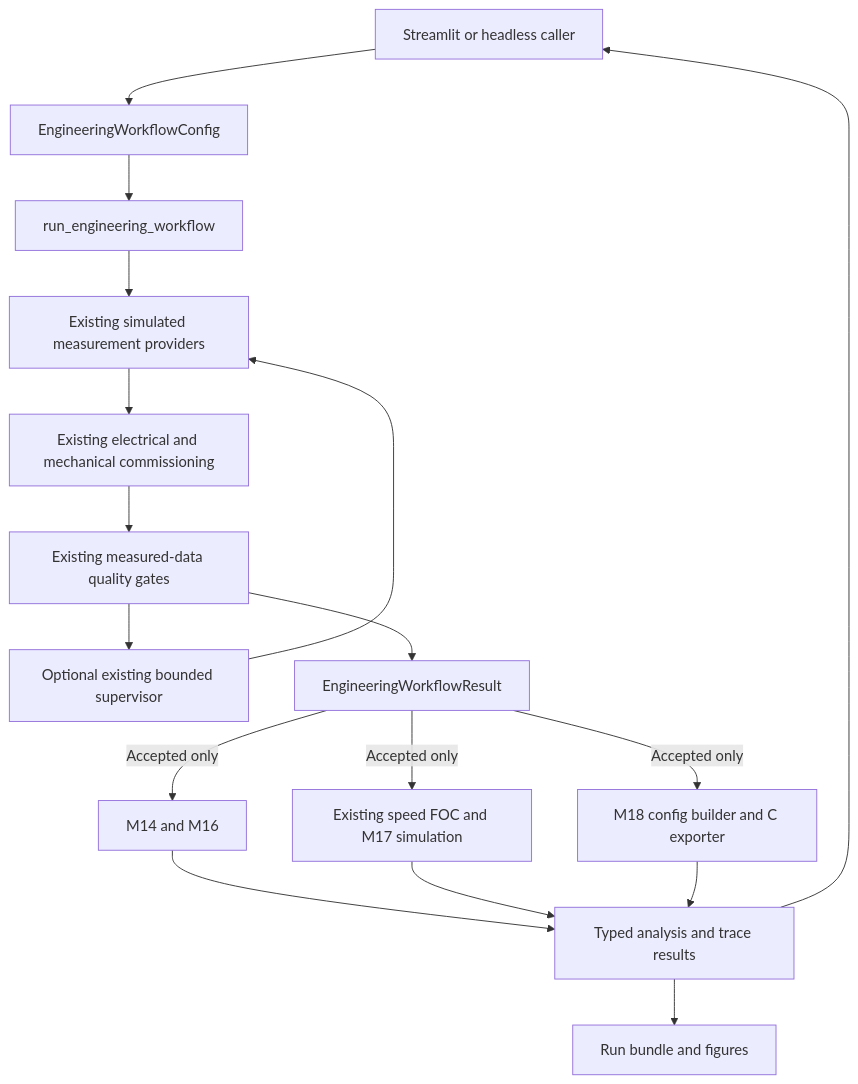
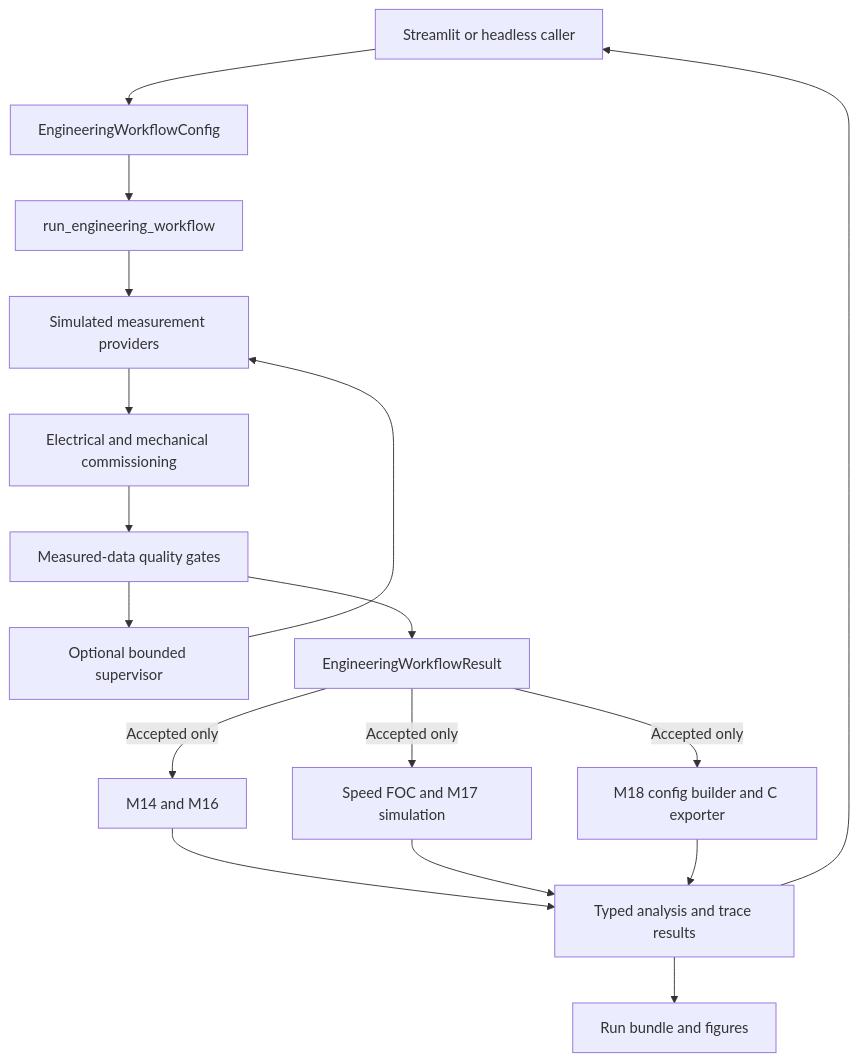
The diagram in docs/architecture.md (terogra/self-commissioning-pmsm-drive), drawn with Mermaid before and after one commit. The commit also changed other lines of this file and 35 other files, not shown here.

````diff
--- a/docs/architecture.md
+++ b/docs/architecture.md
@@ -19,19 +18,19 @@
 ```mermaid
 flowchart TD
     UI[Streamlit or headless caller] --> CFG[EngineeringWorkflowConfig]
     CFG --> WF[run_engineering_workflow]
-    WF --> P[Existing simulated measurement providers]
-    P --> ID[Existing electrical and mechanical commissioning]
-    ID --> G[Existing measured-data quality gates]
-    G --> SUP[Optional existing bounded supervisor]
+    WF --> P[Simulated measurement providers]
+    P --> ID[Electrical and mechanical commissioning]
+    ID --> G[Measured-data quality gates]
+    G --> SUP[Optional bounded supervisor]
     SUP --> P
     G --> R[EngineeringWorkflowResult]
     R -->|Accepted only| OP[M14 and M16]
-    R -->|Accepted only| SIM[Existing speed FOC and M17 simulation]
+    R -->|Accepted only| SIM[Speed FOC and M17 simulation]
     R -->|Accepted only| FW[M18 config builder and C exporter]
     OP --> OUT[Typed analysis and trace results]
     SIM --> OUT
     FW --> OUT
     OUT --> UI
     OUT --> B[Run bundle and figures]
 ```
````
